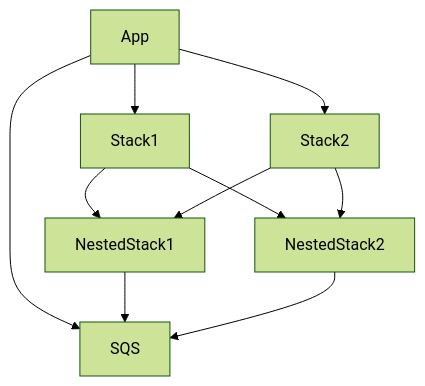
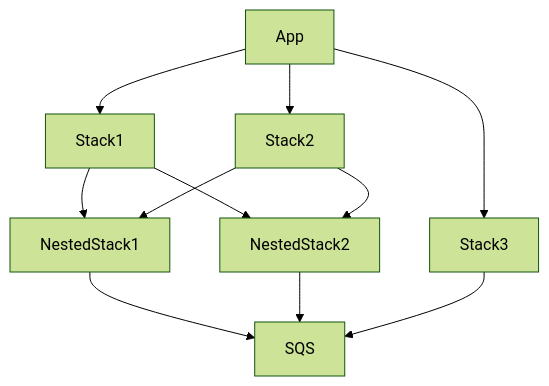
The diagram in README.md (raihalea/nestedstack-memo), drawn with Mermaid (forest theme) before and after one commit.

````diff
--- a/README.md
+++ b/README.md
@@ -4,15 +4,16 @@
 ```mermaid
 graph TD
   A[App] --> B[Stack1]
   A --> C[Stack2]
-  A --> I[SQS]
+  A --> D[Stack3]
 
   B --> E[NestedStack1]
   B --> F[NestedStack2]
 
   C --> E
   C --> F
 
-  E --> I
+  E --> I[SQS]
   F --> I
+  D --> I
 ```
````
